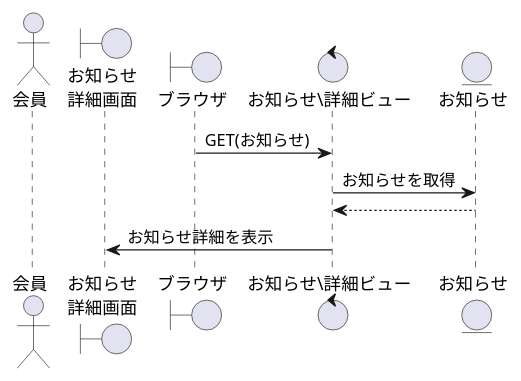
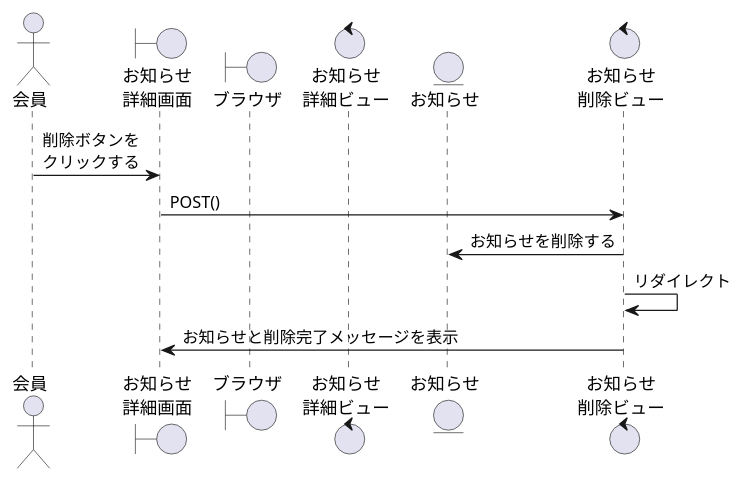
Before and after one commit to ysyk-wtnb16/team_D: the diagram in 卒業研究/お知らせ詳細.wsd, drawn with PlantUML. The commit also changed 7 other files, not shown here.

```diff
--- a/卒業研究/お知らせ詳細.wsd
+++ b/卒業研究/お知らせ詳細.wsd
@@ -1,14 +1,16 @@
-' @startuml KR
- 
-' actor "会員" as user
-' boundary "お知らせ\n詳細画面" as PostDetails
-' boundary "ブラウザ" as brz
-' control "お知らせ\詳細ビュー" as PostDetailv
-' entity "お知らせ" as Post
- 
-' brz -> PostDetailv: GET(お知らせ)
-' PostDetailv -> Post: お知らせを取得
-' PostDetailv <-- Post:
-' PostDetails <- PostDetailv:お知らせ詳細を表示
- 
-' @enduml
+@startuml Postdelete
+
+actor "会員" as act
+boundary "お知らせ\n詳細画面" as PostDetails
+boundary "ブラウザ" as brz
+control "お知らせ\n詳細ビュー" as PostDetailv
+entity "お知らせ" as Post
+control "お知らせ\n削除ビュー" as PostDeletev
+
+act -> PostDetails:削除ボタンを\nクリックする
+PostDetails -> PostDeletev:POST()
+PostDeletev -> Post:お知らせを削除する
+PostDeletev -> PostDeletev:リダイレクト
+PostDetails <- PostDeletev:お知らせと削除完了メッセージを表示
+
+@enduml
```
